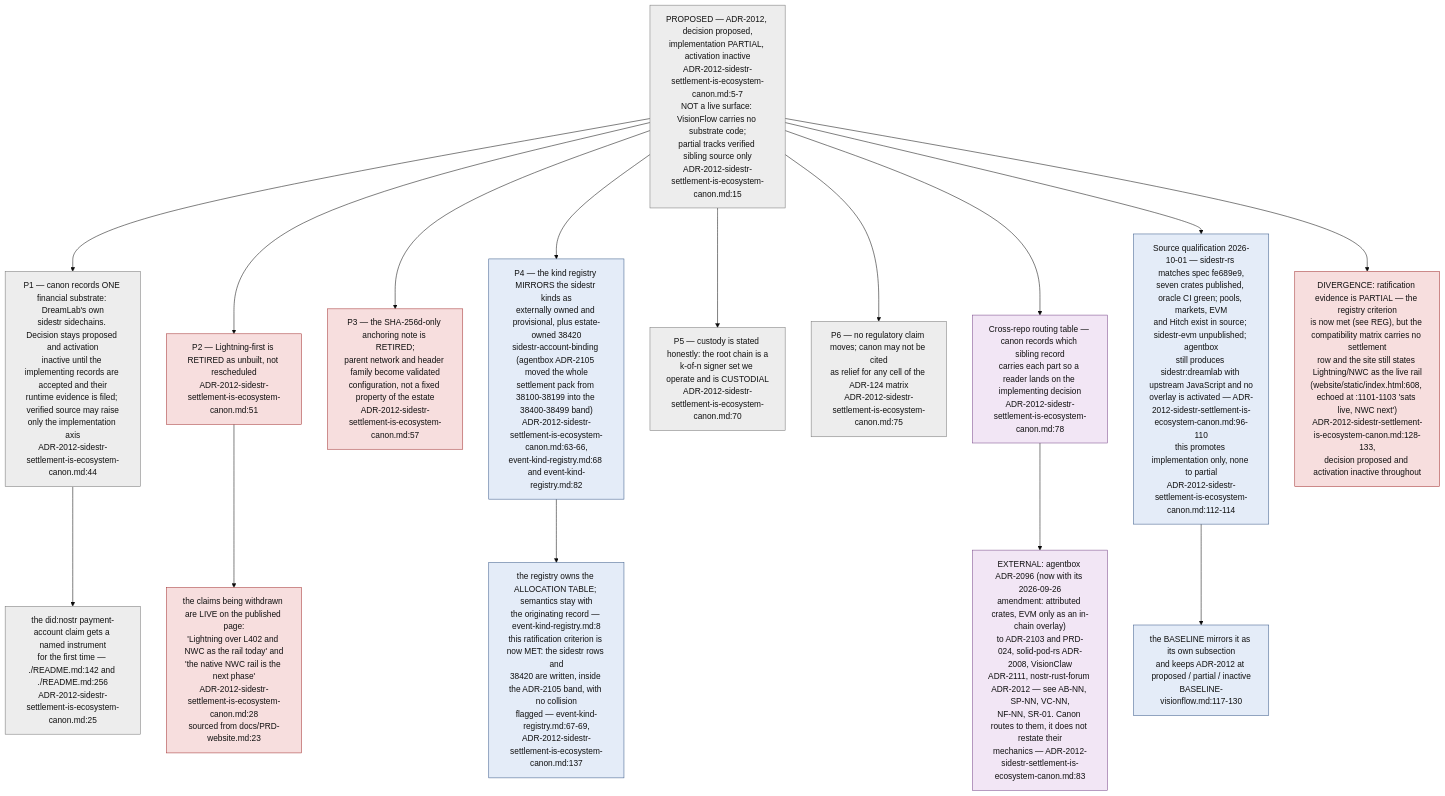
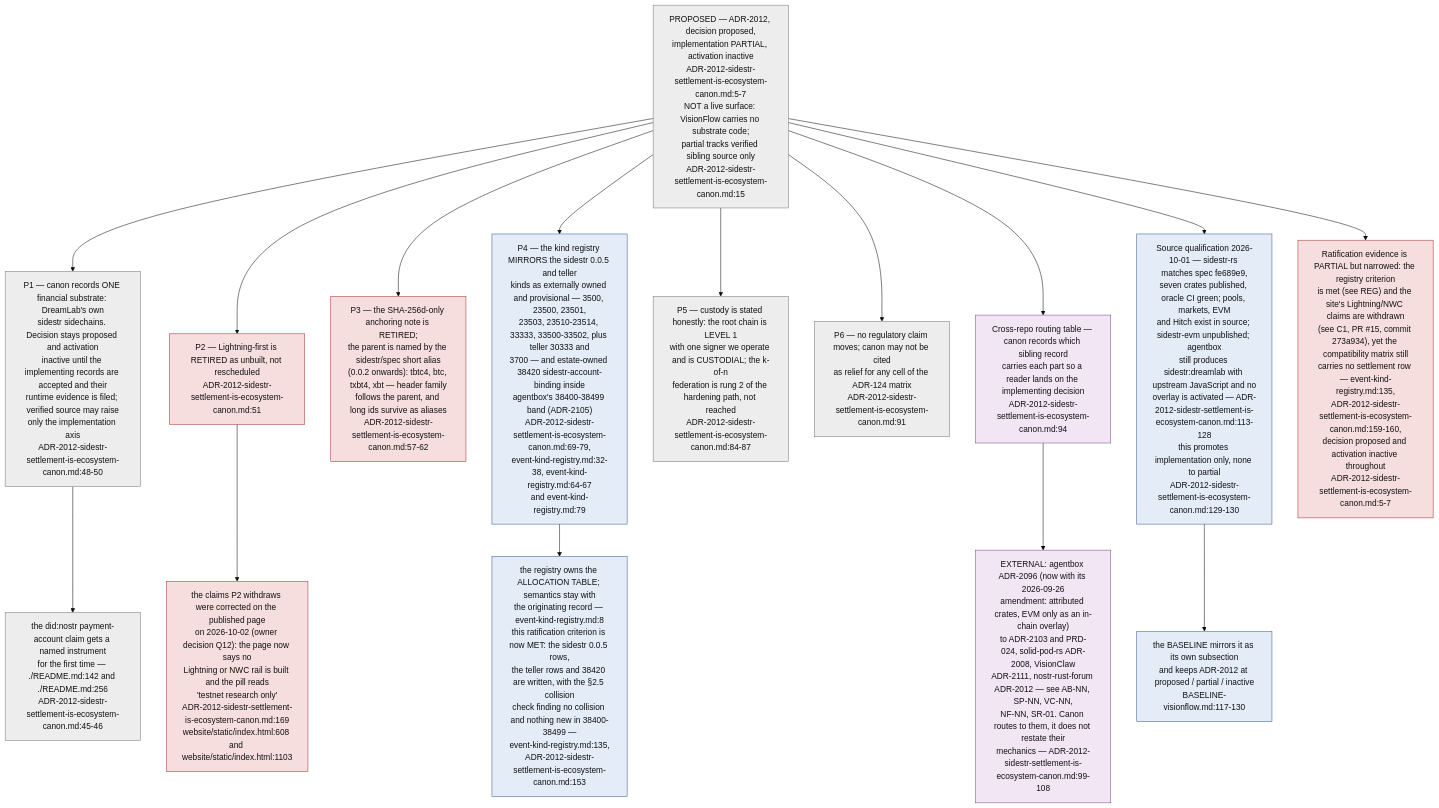
The tenth of 11 diagrams in docs/diagrams/visionflow/01-repo-composition-and-canon.md (DreamLab-AI/VisionFlow), drawn with Mermaid (base theme) before and after one commit. The commit also changed other lines of this file and 21 other files, not shown here.

Commit message:
docs(diagrams): refresh first verified estate batch

````diff
--- a/docs/diagrams/visionflow/01-repo-composition-and-canon.md
+++ b/docs/diagrams/visionflow/01-repo-composition-and-canon.md
@@ -380,33 +381,33 @@
 ```mermaid
 flowchart TB
     classDef prop fill:#ededed,stroke:#777,color:#111
     classDef retire fill:#f7dede,stroke:#a33333,color:#111
     classDef ext fill:#f2e6f5,stroke:#7a4a8a,color:#111
     classDef tbl fill:#e4ecf8,stroke:#3a5a8a,color:#111
 
     REC["PROPOSED — ADR-2012, decision proposed,<br/>implementation PARTIAL, activation inactive<br/>ADR-2012-sidestr-settlement-is-ecosystem-canon.md:5-7<br/>NOT a live surface: VisionFlow carries no substrate code;<br/>partial tracks verified sibling source only<br/>ADR-2012-sidestr-settlement-is-ecosystem-canon.md:15"]:::prop
 
-    REC --> P1["P1 — canon records ONE financial substrate: DreamLab's own<br/>sidestr sidechains. Decision stays proposed and activation<br/>inactive until the implementing records are accepted and their<br/>runtime evidence is filed; verified source may raise<br/>only the implementation axis<br/>ADR-2012-sidestr-settlement-is-ecosystem-canon.md:44"]:::prop
+    REC --> P1["P1 — canon records ONE financial substrate: DreamLab's own<br/>sidestr sidechains. Decision stays proposed and activation<br/>inactive until the implementing records are accepted and their<br/>runtime evidence is filed; verified source may raise<br/>only the implementation axis<br/>ADR-2012-sidestr-settlement-is-ecosystem-canon.md:48-50"]:::prop
     REC --> P2["P2 — Lightning-first is RETIRED as unbuilt, not rescheduled<br/>ADR-2012-sidestr-settlement-is-ecosystem-canon.md:51"]:::retire
-    REC --> P3["P3 — the SHA-256d-only anchoring note is RETIRED;<br/>parent network and header family become validated<br/>configuration, not a fixed property of the estate<br/>ADR-2012-sidestr-settlement-is-ecosystem-canon.md:57"]:::retire
-    REC --> P4["P4 — the kind registry MIRRORS the sidestr kinds as<br/>externally owned and provisional, plus estate-owned 38420<br/>sidestr-account-binding (agentbox ADR-2105 moved the whole<br/>settlement pack from 38100-38199 into the 38400-38499 band)<br/>ADR-2012-sidestr-settlement-is-ecosystem-canon.md:63-66,<br/>event-kind-registry.md:68 and event-kind-registry.md:82"]:::tbl
-    REC --> P5["P5 — custody is stated honestly: the root chain is a<br/>k-of-n signer set we operate and is CUSTODIAL<br/>ADR-2012-sidestr-settlement-is-ecosystem-canon.md:70"]:::prop
-    REC --> P6["P6 — no regulatory claim moves; canon may not be cited<br/>as relief for any cell of the ADR-124 matrix<br/>ADR-2012-sidestr-settlement-is-ecosystem-canon.md:75"]:::prop
+    REC --> P3["P3 — the SHA-256d-only anchoring note is RETIRED;<br/>the parent is named by the sidestr/spec short alias<br/>(0.0.2 onwards): tbtc4, btc, txbt4, xbt — header family<br/>follows the parent, and long ids survive as aliases<br/>ADR-2012-sidestr-settlement-is-ecosystem-canon.md:57-62"]:::retire
+    REC --> P4["P4 — the kind registry MIRRORS the sidestr 0.0.5 and teller<br/>kinds as externally owned and provisional — 3500, 23500, 23501,<br/>23503, 23510-23514, 33333, 33500-33502, plus teller 30333 and<br/>3700 — and estate-owned 38420 sidestr-account-binding inside<br/>agentbox's 38400-38499 band (ADR-2105)<br/>ADR-2012-sidestr-settlement-is-ecosystem-canon.md:69-79,<br/>event-kind-registry.md:32-38, event-kind-registry.md:64-67<br/>and event-kind-registry.md:79"]:::tbl
+    REC --> P5["P5 — custody is stated honestly: the root chain is LEVEL 1<br/>with one signer we operate and is CUSTODIAL; the k-of-n<br/>federation is rung 2 of the hardening path, not reached<br/>ADR-2012-sidestr-settlement-is-ecosystem-canon.md:84-87"]:::prop
+    REC --> P6["P6 — no regulatory claim moves; canon may not be cited<br/>as relief for any cell of the ADR-124 matrix<br/>ADR-2012-sidestr-settlement-is-ecosystem-canon.md:91"]:::prop
 
-    P2 --> C1["the claims being withdrawn are LIVE on the published page:<br/>'Lightning over L402 and NWC as the rail today' and<br/>'the native NWC rail is the next phase'<br/>ADR-2012-sidestr-settlement-is-ecosystem-canon.md:28<br/>sourced from docs/PRD-website.md:23"]:::retire
-    P1 --> C2["the did:nostr payment-account claim gets a named instrument<br/>for the first time — ./README.md:142 and ./README.md:256<br/>ADR-2012-sidestr-settlement-is-ecosystem-canon.md:25"]:::prop
+    P2 --> C1["the claims P2 withdraws were corrected on the published page<br/>on 2026-10-02 (owner decision Q12): the page now says no<br/>Lightning or NWC rail is built and the pill reads<br/>'testnet research only'<br/>ADR-2012-sidestr-settlement-is-ecosystem-canon.md:169<br/>website/static/index.html:608 and website/static/index.html:1103"]:::retire
+    P1 --> C2["the did:nostr payment-account claim gets a named instrument<br/>for the first time — ./README.md:142 and ./README.md:256<br/>ADR-2012-sidestr-settlement-is-ecosystem-canon.md:45-46"]:::prop
 
-    P4 --> REG["the registry owns the ALLOCATION TABLE; semantics stay with<br/>the originating record — event-kind-registry.md:8<br/>this ratification criterion is now MET: the sidestr rows and<br/>38420 are written, inside the ADR-2105 band, with no collision<br/>flagged — event-kind-registry.md:67-69,<br/>ADR-2012-sidestr-settlement-is-ecosystem-canon.md:137"]:::tbl
+    P4 --> REG["the registry owns the ALLOCATION TABLE; semantics stay with<br/>the originating record — event-kind-registry.md:8<br/>this ratification criterion is now MET: the sidestr 0.0.5 rows,<br/>the teller rows and 38420 are written, with the §2.5 collision<br/>check finding no collision and nothing new in 38400-38499 —<br/>event-kind-registry.md:135,<br/>ADR-2012-sidestr-settlement-is-ecosystem-canon.md:153"]:::tbl
 
-    ROUTE["Cross-repo routing table — canon records which sibling record<br/>carries each part so a reader lands on the implementing decision<br/>ADR-2012-sidestr-settlement-is-ecosystem-canon.md:78"]:::ext
+    ROUTE["Cross-repo routing table — canon records which sibling record<br/>carries each part so a reader lands on the implementing decision<br/>ADR-2012-sidestr-settlement-is-ecosystem-canon.md:94"]:::ext
     REC --> ROUTE
-    ROUTE --> EXT1["EXTERNAL: agentbox ADR-2096 (now with its 2026-09-26<br/>amendment: attributed crates, EVM only as an in-chain overlay)<br/>to ADR-2103 and PRD-024, solid-pod-rs ADR-2008, VisionClaw<br/>ADR-2111, nostr-rust-forum ADR-2012 — see AB-NN, SP-NN, VC-NN,<br/>NF-NN, SR-01. Canon routes to them, it does not restate their<br/>mechanics — ADR-2012-sidestr-settlement-is-ecosystem-canon.md:83"]:::ext
+    ROUTE --> EXT1["EXTERNAL: agentbox ADR-2096 (now with its 2026-09-26<br/>amendment: attributed crates, EVM only as an in-chain overlay)<br/>to ADR-2103 and PRD-024, solid-pod-rs ADR-2008, VisionClaw<br/>ADR-2111, nostr-rust-forum ADR-2012 — see AB-NN, SP-NN, VC-NN,<br/>NF-NN, SR-01. Canon routes to them, it does not restate their<br/>mechanics — ADR-2012-sidestr-settlement-is-ecosystem-canon.md:99-108"]:::ext
 
-    QUAL["Source qualification 2026-10-01 — sidestr-rs matches spec fe689e9,<br/>seven crates published, oracle CI green; pools, markets, EVM<br/>and Hitch exist in source; sidestr-evm unpublished; agentbox<br/>still produces sidestr:dreamlab with upstream JavaScript and no<br/>overlay is activated — ADR-2012-sidestr-settlement-is-ecosystem-canon.md:96-110<br/>this promotes implementation only, none to partial<br/>ADR-2012-sidestr-settlement-is-ecosystem-canon.md:112-114"]:::tbl
+    QUAL["Source qualification 2026-10-01 — sidestr-rs matches spec fe689e9,<br/>seven crates published, oracle CI green; pools, markets, EVM<br/>and Hitch exist in source; sidestr-evm unpublished; agentbox<br/>still produces sidestr:dreamlab with upstream JavaScript and no<br/>overlay is activated — ADR-2012-sidestr-settlement-is-ecosystem-canon.md:113-128<br/>this promotes implementation only, none to partial<br/>ADR-2012-sidestr-settlement-is-ecosystem-canon.md:129-130"]:::tbl
     REC --> QUAL
     BASEL["the BASELINE mirrors it as its own subsection<br/>and keeps ADR-2012 at proposed / partial / inactive<br/>BASELINE-visionflow.md:117-130"]:::tbl
     QUAL --> BASEL
 
-    VER["DIVERGENCE: ratification evidence is PARTIAL — the registry criterion<br/>is now met (see REG), but the compatibility matrix carries no settlement<br/>row and the site still states Lightning/NWC as the live rail<br/>(website/static/index.html:608, echoed at :1101-1103 'sats live, NWC next')<br/>ADR-2012-sidestr-settlement-is-ecosystem-canon.md:128-133,<br/>decision proposed and activation inactive throughout"]:::retire
+    VER["Ratification evidence is PARTIAL but narrowed: the registry criterion<br/>is met (see REG) and the site's Lightning/NWC claims are withdrawn<br/>(see C1, PR #15, commit 273a934), yet the compatibility matrix still<br/>carries no settlement row — event-kind-registry.md:135,<br/>ADR-2012-sidestr-settlement-is-ecosystem-canon.md:159-160,<br/>decision proposed and activation inactive throughout<br/>ADR-2012-sidestr-settlement-is-ecosystem-canon.md:5-7"]:::retire
     REC --> VER
 ```
````
